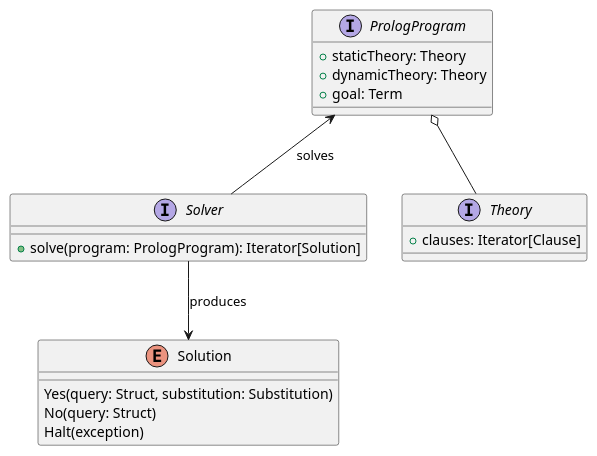
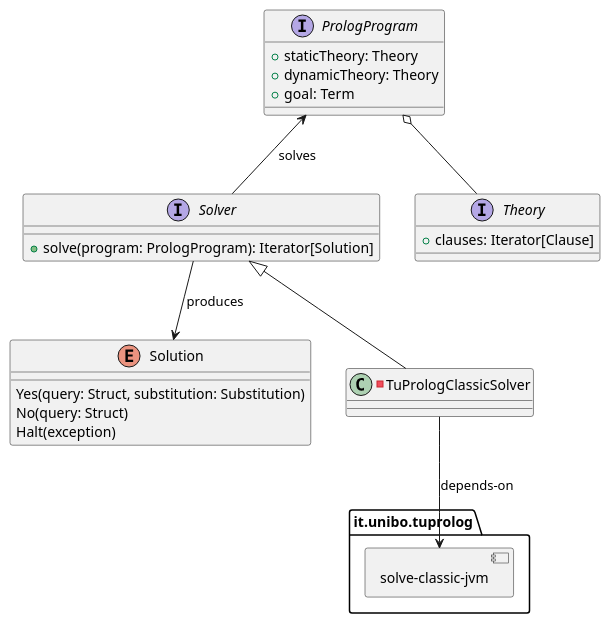
Before and after one commit to kelvindev15/PPS-22-Prolog-as-scalaDSL: the diagram in src/main/plantuml/architecture.puml, drawn with PlantUML. The commit also changed 1 other file, not shown here.

Commit message:
chore(website): edit architectural diagram

```diff
--- a/src/main/plantuml/architecture.puml
+++ b/src/main/plantuml/architecture.puml
@@ -1,26 +1,38 @@
 @startuml
 interface Solver {
     +solve(program: PrologProgram): Iterator[Solution]
 }
 
 interface PrologProgram {
     + staticTheory: Theory
     + dynamicTheory: Theory
     + goal: Term
 }
 
 enum Solution {
     Yes(query: Struct, substitution: Substitution)
     No(query: Struct)
     Halt(exception)
 }
 
 interface Theory {
     +clauses: Iterator[Clause]
 }
 
+-class TuPrologClassicSolver {
+}
+
+folder f as "it.unibo.tuprolog" {
+    component "solve-classic-jvm" {
+    }
+}
+
+
+
 PrologProgram <-- Solver : solves
 Solver --> Solution : produces
 PrologProgram o-- Theory
 
+Solver <|-- TuPrologClassicSolver
+TuPrologClassicSolver --> "solve-classic-jvm" : depends-on
 @enduml
```
